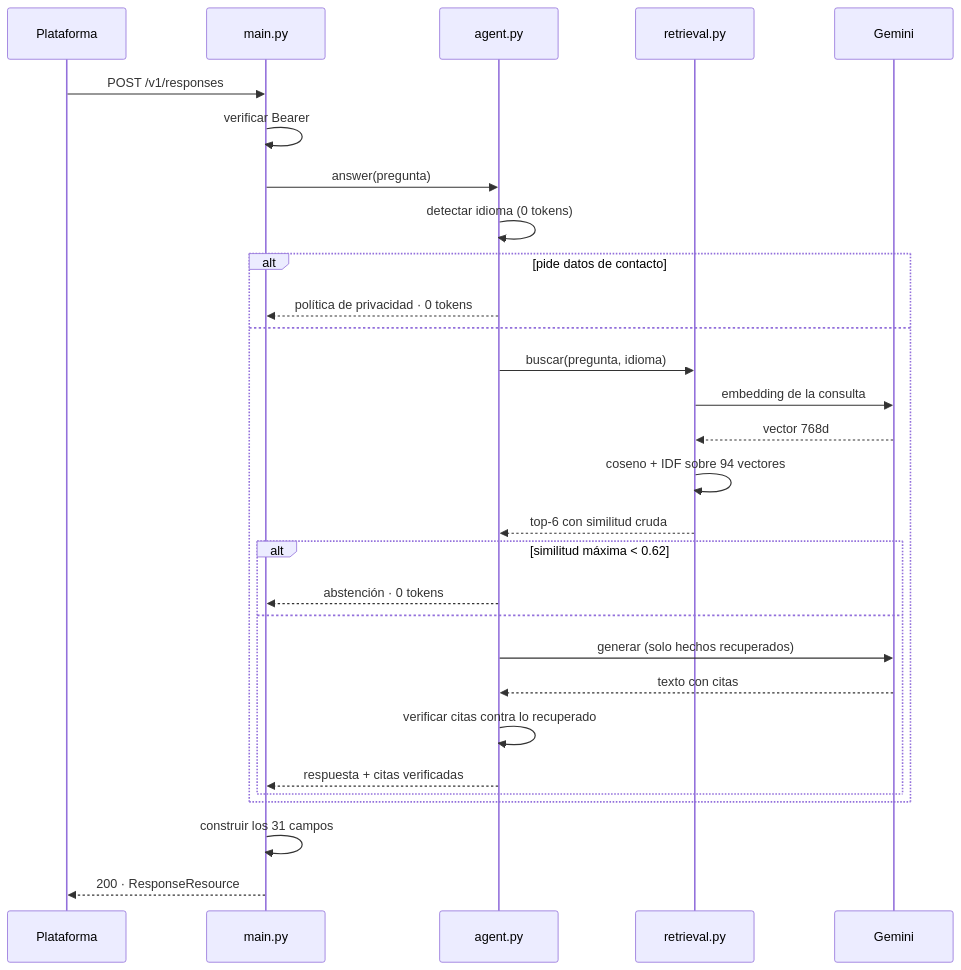
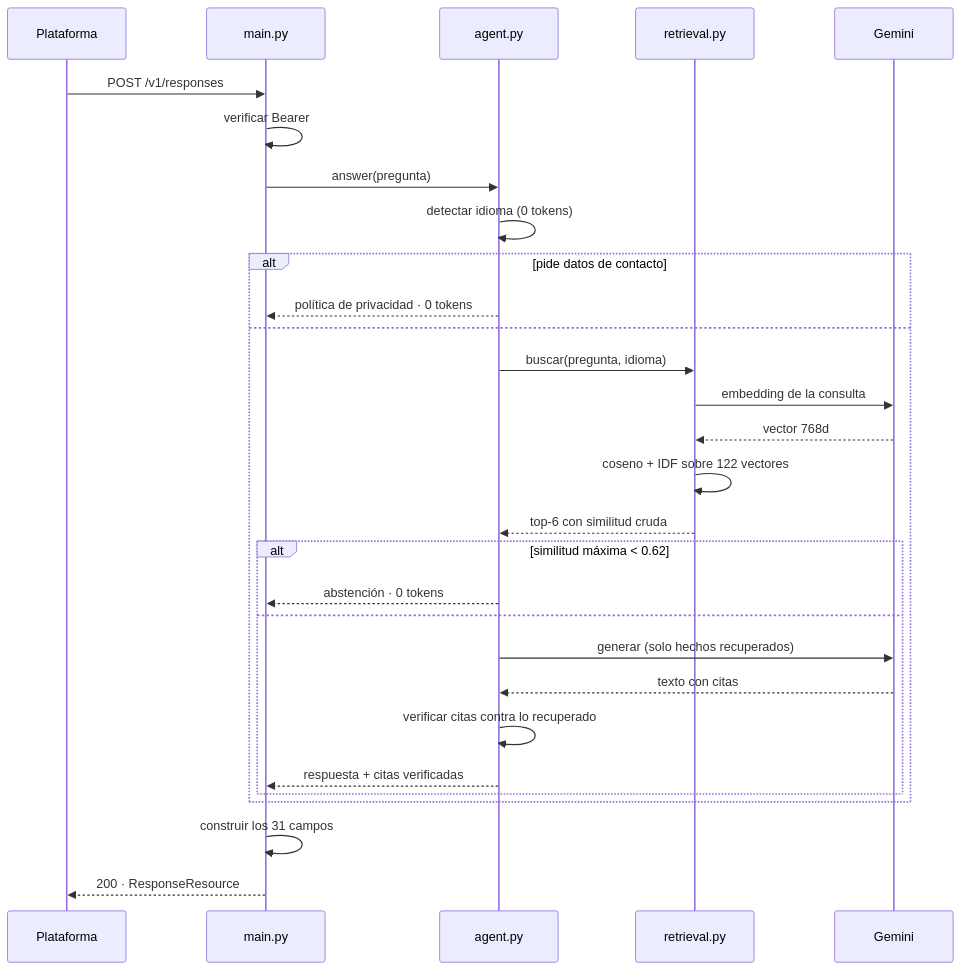
One commit to alejandrorau04/banorte-cv-agent changed the fourth of 6 diagrams in docs/ARQUITECTURA.md. Above: the diagram before and after it, drawn with Mermaid. The commit also changed other lines of this file and 17 other files, not shown here.

````diff
--- a/docs/ARQUITECTURA.md
+++ b/docs/ARQUITECTURA.md
@@ -134,35 +134,35 @@
 ```mermaid
 sequenceDiagram
     participant P as Plataforma
     participant M as main.py
     participant A as agent.py
     participant R as retrieval.py
     participant G as Gemini
 
     P->>M: POST /v1/responses
     M->>M: verificar Bearer
     M->>A: answer(pregunta)
     A->>A: detectar idioma (0 tokens)
 
     alt pide datos de contacto
         A-->>M: política de privacidad · 0 tokens
     else
         A->>R: buscar(pregunta, idioma)
         R->>G: embedding de la consulta
         G-->>R: vector 768d
-        R->>R: coseno + IDF sobre 94 vectores
+        R->>R: coseno + IDF sobre 122 vectores
         R-->>A: top-6 con similitud cruda
 
         alt similitud máxima < 0.62
             A-->>M: abstención · 0 tokens
         else
             A->>G: generar (solo hechos recuperados)
             G-->>A: texto con citas
             A->>A: verificar citas contra lo recuperado
             A-->>M: respuesta + citas verificadas
         end
     end
 
     M->>M: construir los 31 campos
     M-->>P: 200 · ResponseResource
 ```
````
